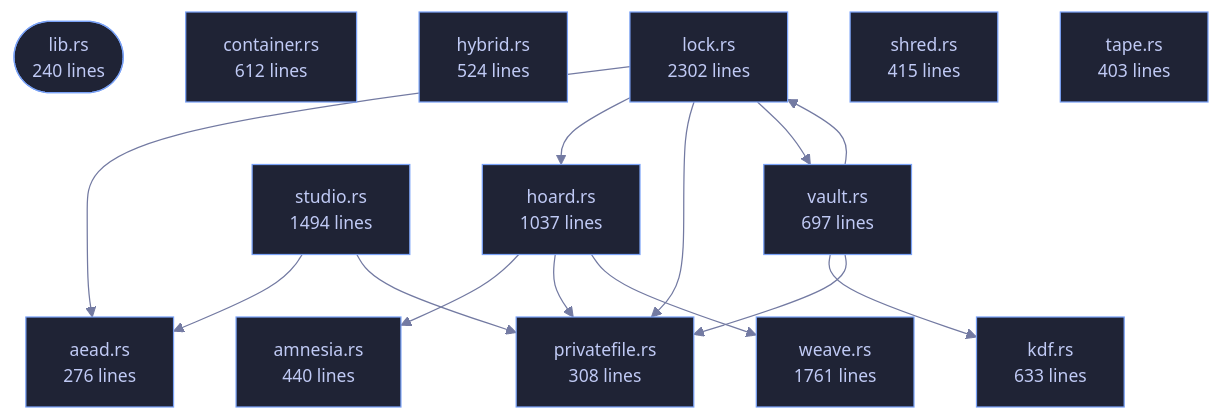
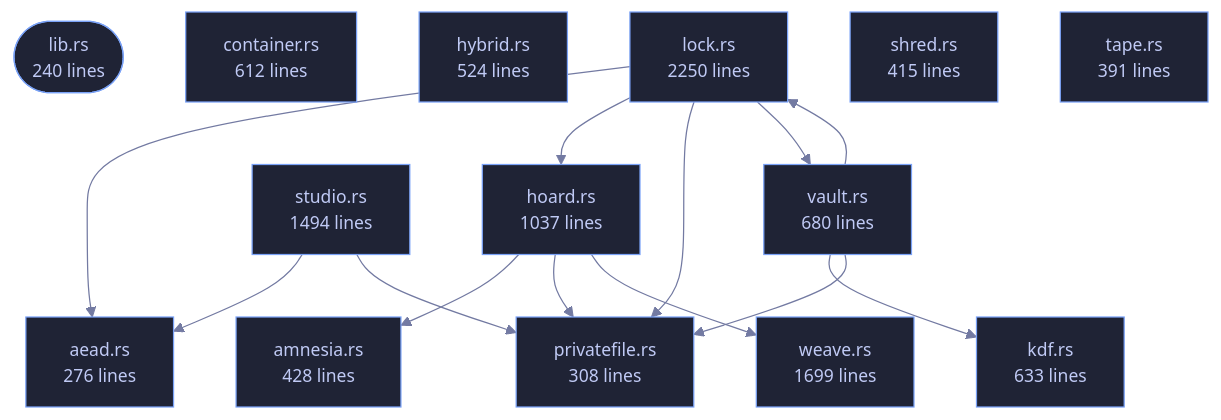
One commit to tilas01/veilvoice changed the diagram in crates/veilvoice-crypto/README.md. Above: the diagram before and after it, drawn with Mermaid. The commit also changed other lines of this file and 432 other files, not shown here.

````diff
--- a/crates/veilvoice-crypto/README.md
+++ b/crates/veilvoice-crypto/README.md
@@ -108,44 +108,44 @@
 ```mermaid
 %%{init: {"theme":"base","themeVariables":{"background":"#1a1b26","primaryColor":"#1f2335","primaryTextColor":"#c0caf5","primaryBorderColor":"#7aa2f7","secondaryColor":"#16161e","tertiaryColor":"#16161e","lineColor":"#737aa2","textColor":"#c0caf5","mainBkg":"#1f2335","nodeBorder":"#7aa2f7","clusterBkg":"#16161e","clusterBorder":"#2f3549","fontFamily":"ui-monospace, SFMono-Regular, Consolas, monospace","fontSize":"14px"}}}%%
 flowchart TD
     n_lib(["lib.rs<br/>240 lines"])
     n_aead["aead.rs<br/>276 lines"]
-    n_amnesia["amnesia.rs<br/>440 lines"]
+    n_amnesia["amnesia.rs<br/>428 lines"]
     n_container["container.rs<br/>612 lines"]
     n_hoard["hoard.rs<br/>1037 lines"]
     n_hybrid["hybrid.rs<br/>524 lines"]
     n_kdf["kdf.rs<br/>633 lines"]
-    n_lock["lock.rs<br/>2302 lines"]
+    n_lock["lock.rs<br/>2250 lines"]
     n_privatefile["privatefile.rs<br/>308 lines"]
     n_shred["shred.rs<br/>415 lines"]
     n_studio["studio.rs<br/>1494 lines"]
-    n_tape["tape.rs<br/>403 lines"]
-    n_vault["vault.rs<br/>697 lines"]
-    n_weave["weave.rs<br/>1761 lines"]
+    n_tape["tape.rs<br/>391 lines"]
+    n_vault["vault.rs<br/>680 lines"]
+    n_weave["weave.rs<br/>1699 lines"]
     n_hoard --> n_amnesia
     n_hoard --> n_privatefile
     n_hoard --> n_weave
     n_lock --> n_aead
     n_lock --> n_hoard
     n_lock --> n_privatefile
     n_lock --> n_vault
     n_studio --> n_aead
     n_studio --> n_privatefile
     n_vault --> n_kdf
     n_vault --> n_lock
     n_vault --> n_privatefile
     click n_lib href "https://github.com/tilas01/veilvoice/blob/main/crates/veilvoice-crypto/src/lib.rs" "open the source"
     click n_aead href "https://github.com/tilas01/veilvoice/blob/main/crates/veilvoice-crypto/src/aead.rs" "open the source"
     click n_amnesia href "https://github.com/tilas01/veilvoice/blob/main/crates/veilvoice-crypto/src/amnesia.rs" "open the source"
     click n_container href "https://github.com/tilas01/veilvoice/blob/main/crates/veilvoice-crypto/src/container.rs" "open the source"
     click n_hoard href "https://github.com/tilas01/veilvoice/blob/main/crates/veilvoice-crypto/src/hoard.rs" "open the source"
     click n_hybrid href "https://github.com/tilas01/veilvoice/blob/main/crates/veilvoice-crypto/src/hybrid.rs" "open the source"
     click n_kdf href "https://github.com/tilas01/veilvoice/blob/main/crates/veilvoice-crypto/src/kdf.rs" "open the source"
     click n_lock href "https://github.com/tilas01/veilvoice/blob/main/crates/veilvoice-crypto/src/lock.rs" "open the source"
     click n_privatefile href "https://github.com/tilas01/veilvoice/blob/main/crates/veilvoice-crypto/src/privatefile.rs" "open the source"
     click n_shred href "https://github.com/tilas01/veilvoice/blob/main/crates/veilvoice-crypto/src/shred.rs" "open the source"
     click n_studio href "https://github.com/tilas01/veilvoice/blob/main/crates/veilvoice-crypto/src/studio.rs" "open the source"
     click n_tape href "https://github.com/tilas01/veilvoice/blob/main/crates/veilvoice-crypto/src/tape.rs" "open the source"
     click n_vault href "https://github.com/tilas01/veilvoice/blob/main/crates/veilvoice-crypto/src/vault.rs" "open the source"
     click n_weave href "https://github.com/tilas01/veilvoice/blob/main/crates/veilvoice-crypto/src/weave.rs" "open the source"
 ```
````
